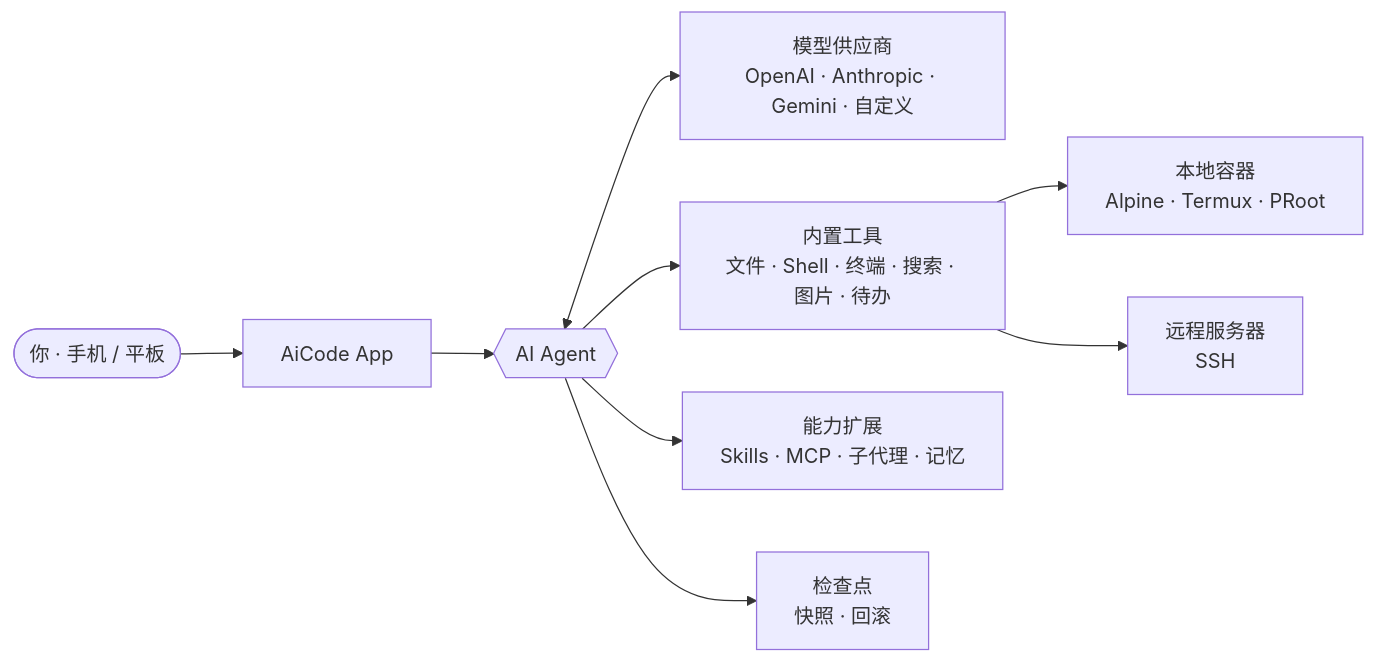
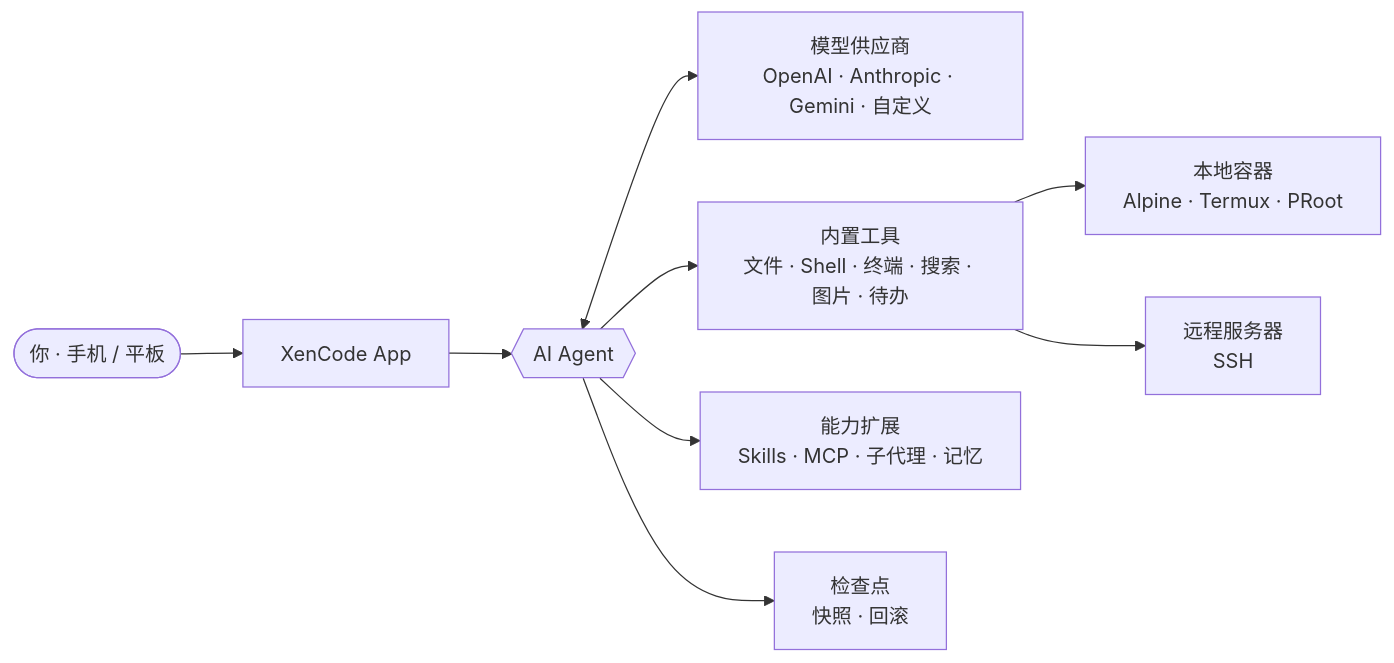
One commit to Resolutefemi/XenCode changed the diagram in README.md. Above: the diagram before and after it, drawn with Mermaid. The commit also changed other lines of this file and 1267 other files, not shown here.

First line of the commit message:
xencode-checkpoint(node_01_rename): rebrand aicode -> XenCode across the entire codebase

````diff
--- a/README.md
+++ b/README.md
@@ -94,11 +94,11 @@
 ```mermaid
 flowchart LR
-    U(["你 · 手机 / 平板"]) --> A["AiCode App"]
+    U(["你 · 手机 / 平板"]) --> A["XenCode App"]
     A --> AG{{"AI Agent"}}
     AG <--> M["模型供应商<br/>OpenAI · Anthropic · Gemini · 自定义"]
     AG --> T["内置工具<br/>文件 · Shell · 终端 · 搜索 · 图片 · 待办"]
     AG --> X["能力扩展<br/>Skills · MCP · 子代理 · 记忆"]
     AG --> C["检查点<br/>快照 · 回滚"]
     T --> L["本地容器<br/>Alpine · Termux · PRoot"]
     T --> R["远程服务器<br/>SSH"]
 ```
````
